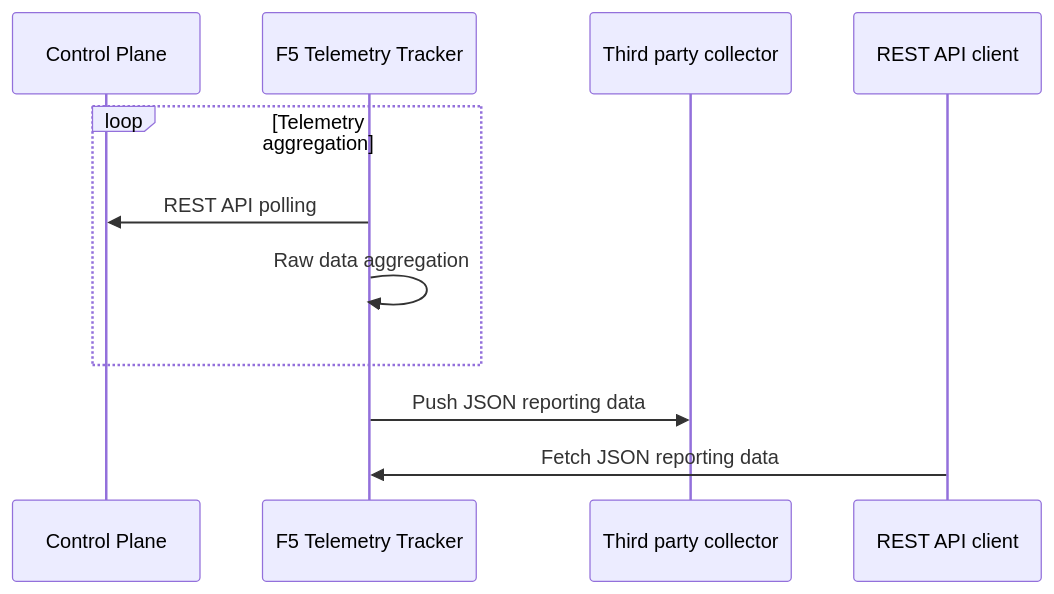
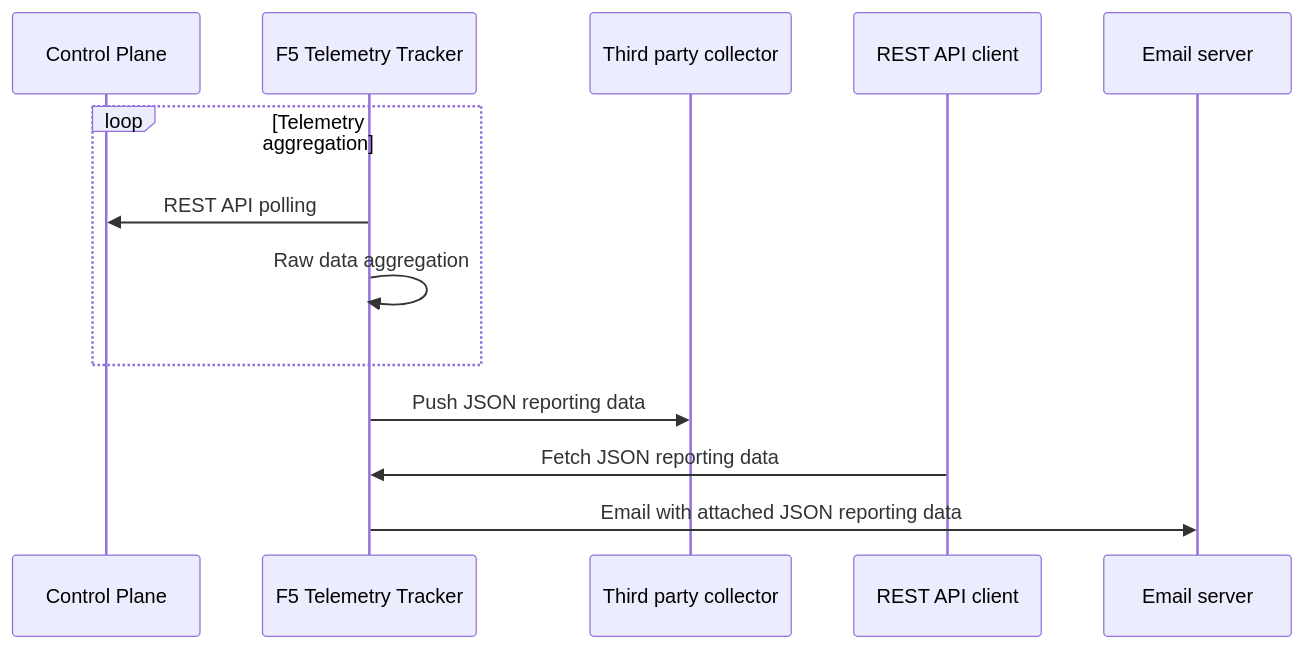
One commit to fabriziofiorucci/F5-Telemetry-Tracker changed the first of 2 diagrams in README.md. Above: the diagram before and after it, drawn with Mermaid.

Commit message:
README updated

````diff
--- a/README.md
+++ b/README.md
@@ -48,14 +48,16 @@
 ```mermaid
 sequenceDiagram
     participant Control Plane
     participant F5 Telemetry Tracker
     participant Third party collector
     participant REST API client
+    participant Email server
 
     loop Telemetry aggregation
       F5 Telemetry Tracker->>Control Plane: REST API polling
       F5 Telemetry Tracker->>F5 Telemetry Tracker: Raw data aggregation
     end
     F5 Telemetry Tracker->>Third party collector: Push JSON reporting data
     REST API client->>F5 Telemetry Tracker: Fetch JSON reporting data
+    F5 Telemetry Tracker->>Email server: Email with attached JSON reporting data
 ```
````
